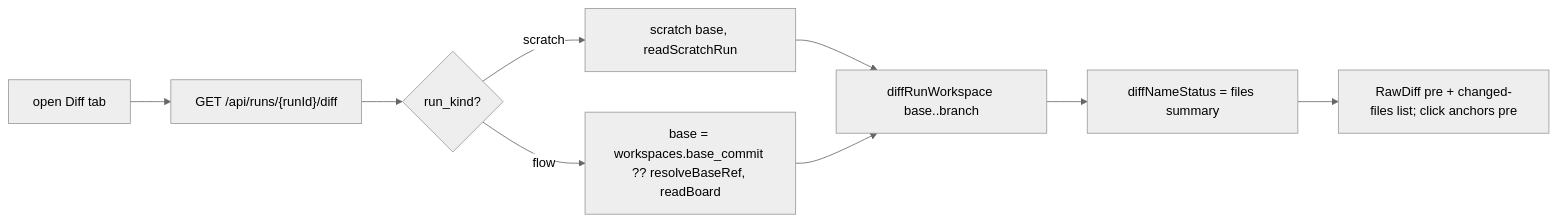
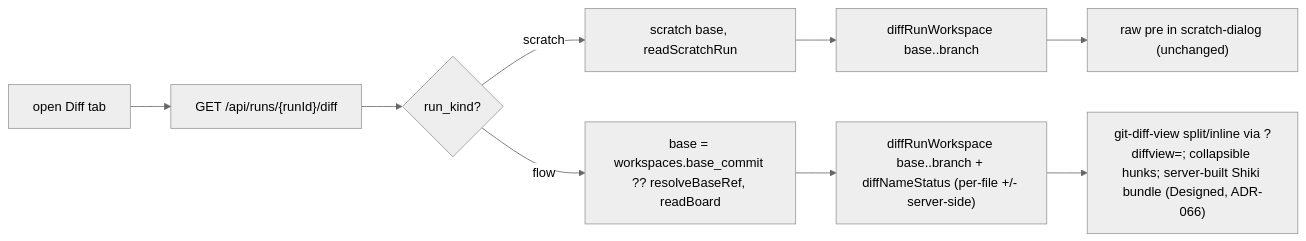
One commit to maister-dev/maister changed the fifth of 5 diagrams in docs/system-analytics/workbench.md. Above: the diagram before and after it, drawn with Mermaid (neutral theme). The commit also changed other lines of this file and 5 other files, not shown here.

First line of the commit message:
docs(adr-066): editor/diff/editor contracts (workbench Track B/C, /diff shape, authored editor)

````diff
--- a/docs/system-analytics/workbench.md
+++ b/docs/system-analytics/workbench.md
@@ -153,11 +163,11 @@
 ```mermaid
 flowchart LR
     OpenD["open Diff tab"] --> Diff["GET /api/runs/{runId}/diff"]
     Diff --> Kind{"run_kind?"}
     Kind -- scratch --> SB["scratch base, readScratchRun"]
     Kind -- flow --> FB["base = workspaces.base_commit ?? resolveBaseRef, readBoard"]
-    SB --> Range["diffRunWorkspace base..branch"]
-    FB --> Range
-    Range --> Names["diffNameStatus = files summary"]
-    Names --> Pre2["RawDiff pre + changed-files list; click anchors pre"]
+    SB --> SRange["diffRunWorkspace base..branch"]
+    FB --> FRange["diffRunWorkspace base..branch + diffNameStatus (per-file +/- server-side)"]
+    SRange --> SPre["raw pre in scratch-dialog (unchanged)"]
+    FRange --> DV["git-diff-view split/inline via ?diffview=; collapsible hunks; server-built Shiki bundle (Designed, ADR-066)"]
 ```
````
